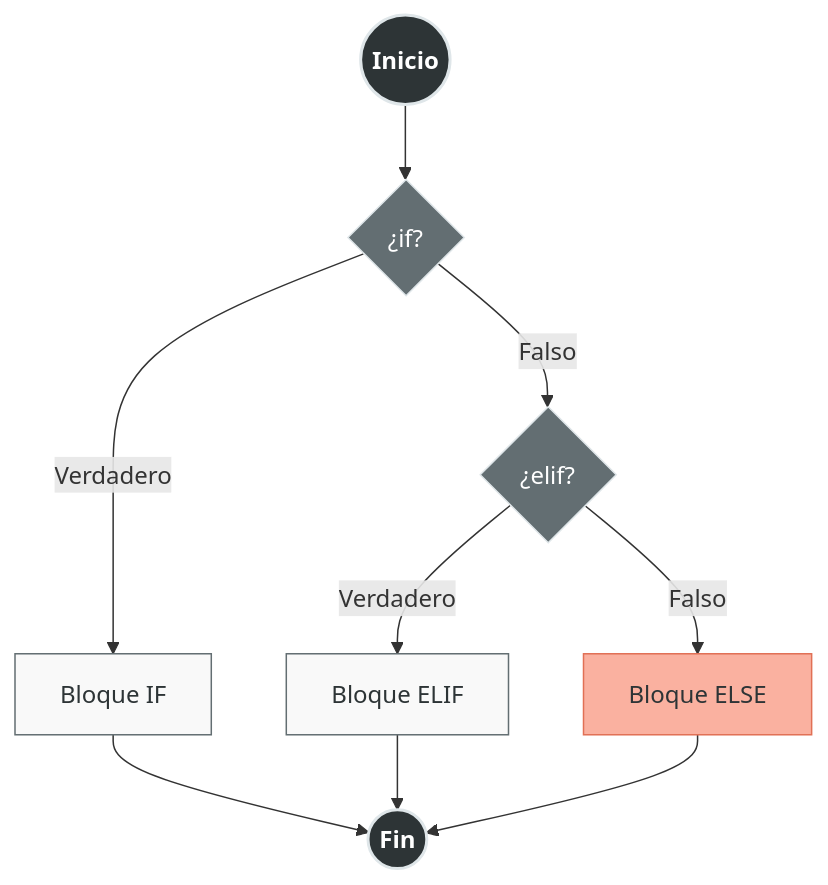
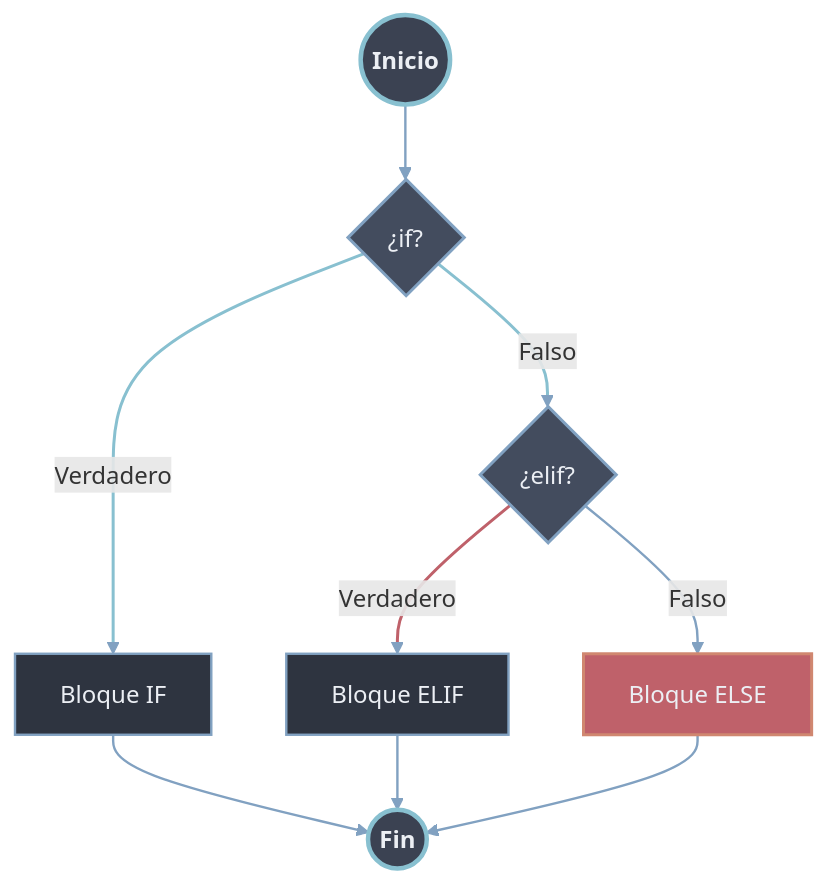
The third of 4 diagrams in 100 Programación Orientada a Procesos/20 Estructuras de Control/01 Condicionales.md (Pineapple-Mikael-Engineer/Python_Obsidian), drawn with Mermaid before and after one commit. The commit also changed other lines of this file and 9 other files, not shown here.

Commit message:
fix: Arreglar Graficos Mermaid a Estandar

````diff
--- a/100 Programación Orientada a Procesos/20 Estructuras de Control/01 Condicionales.md
+++ b/100 Programación Orientada a Procesos/20 Estructuras de Control/01 Condicionales.md
@@ -81,19 +92,25 @@
 ```mermaid
 flowchart TD
-    classDef principal fill:#2d3436,stroke:#dfe6e9,stroke-width:2px,color:#fff,font-weight:bold;
-    classDef condicion fill:#636e72,stroke:#dfe6e9,stroke-width:1px,color:#fff;
-    classDef accion fill:#f9f9f9,stroke:#636e72,stroke-width:1px,color:#2d3436;
-    classDef especial fill:#fab1a0,stroke:#e17055,stroke-width:1px,color:#2d3436;
+    classDef principal fill:#3b4252,stroke:#88c0d0,stroke-width:3px,color:#eceff4,font-weight:bold;
+    classDef condicion fill:#434c5e,stroke:#81a1c1,stroke-width:2px,color:#eceff4;
+    classDef accion fill:#2e3440,stroke:#81a1c1,stroke-width:1.6px,color:#eceff4;
+    classDef especial fill:#bf616a,stroke:#d08770,stroke-width:2px,color:#eceff4;
 
     Start((Inicio)):::principal --> C1{¿if?}:::condicion
     
     C1 -- Verdadero --> A1["Bloque IF"]:::accion
     C1 -- Falso --> C2{¿elif?}:::condicion
 
     C2 -- Verdadero --> A2["Bloque ELIF"]:::accion
     C2 -- Falso --> A3["Bloque ELSE"]:::especial
 
     A1 --> End((Fin)):::principal
     A2 --> End
     A3 --> End
+
+    linkStyle default stroke:#81a1c1,stroke-width:1.6px
+    linkStyle 1 stroke:#88c0d0,stroke-width:2px
+    linkStyle 2 stroke:#88c0d0,stroke-width:2px
+    linkStyle 3 stroke:#bf616a,stroke-width:2px
+
 ```
````
